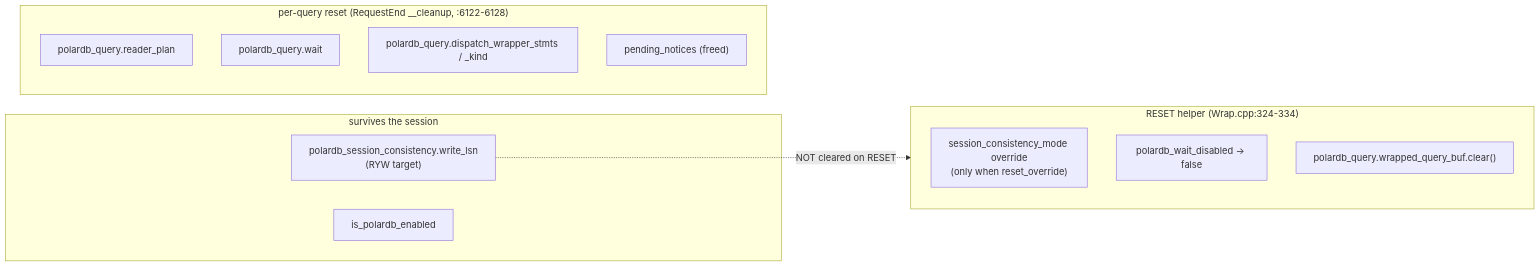
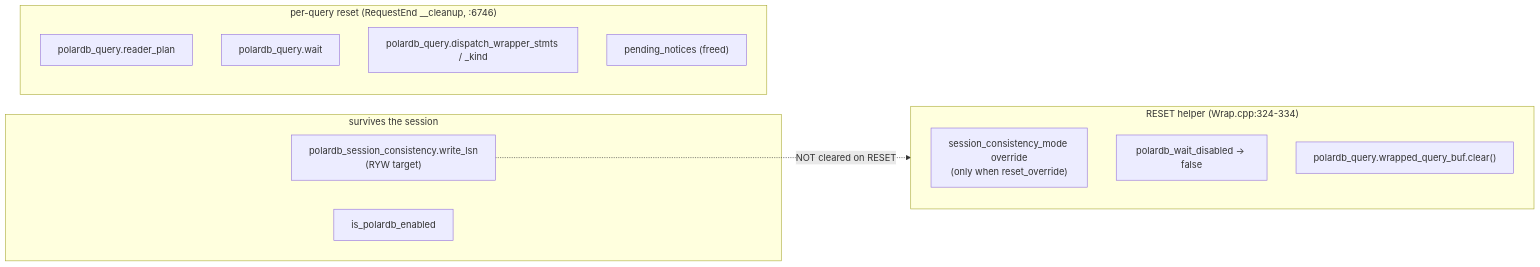
One commit to awide-labs/polar-proxy changed the second of 4 diagrams in doc/polardb-arch/10-SESSION-INTEGRATION.md. Above: the diagram before and after it, drawn with Mermaid. The commit also changed other lines of this file and 21 other files, not shown here.

````diff
--- a/doc/polardb-arch/10-SESSION-INTEGRATION.md
+++ b/doc/polardb-arch/10-SESSION-INTEGRATION.md
@@ -562,19 +563,19 @@
 ```mermaid
 flowchart LR
     subgraph survives["survives the session"]
         WLSN["polardb_session_consistency.write_lsn<br/>(RYW target)"]
         ENA["is_polardb_enabled"]
     end
-    subgraph perquery["per-query reset (RequestEnd __cleanup, :6122-6128)"]
+    subgraph perquery["per-query reset (RequestEnd __cleanup, :6746)"]
         REQ["polardb_query.reader_plan"]
         WAIT["polardb_query.wait"]
         DISP["polardb_query.dispatch_wrapper_stmts / _kind"]
         NOTE["pending_notices (freed)"]
     end
     subgraph reset["RESET helper (Wrap.cpp:324-334)"]
         OVR["session_consistency_mode override<br/>(only when reset_override)"]
-        LATCH["polardb_wait_disabled → false"]
+        flag["polardb_wait_disabled → false"]
         BUF["polardb_query.wrapped_query_buf.clear()"]
     end
     WLSN -.->|NOT cleared on RESET| reset
 ```
````
